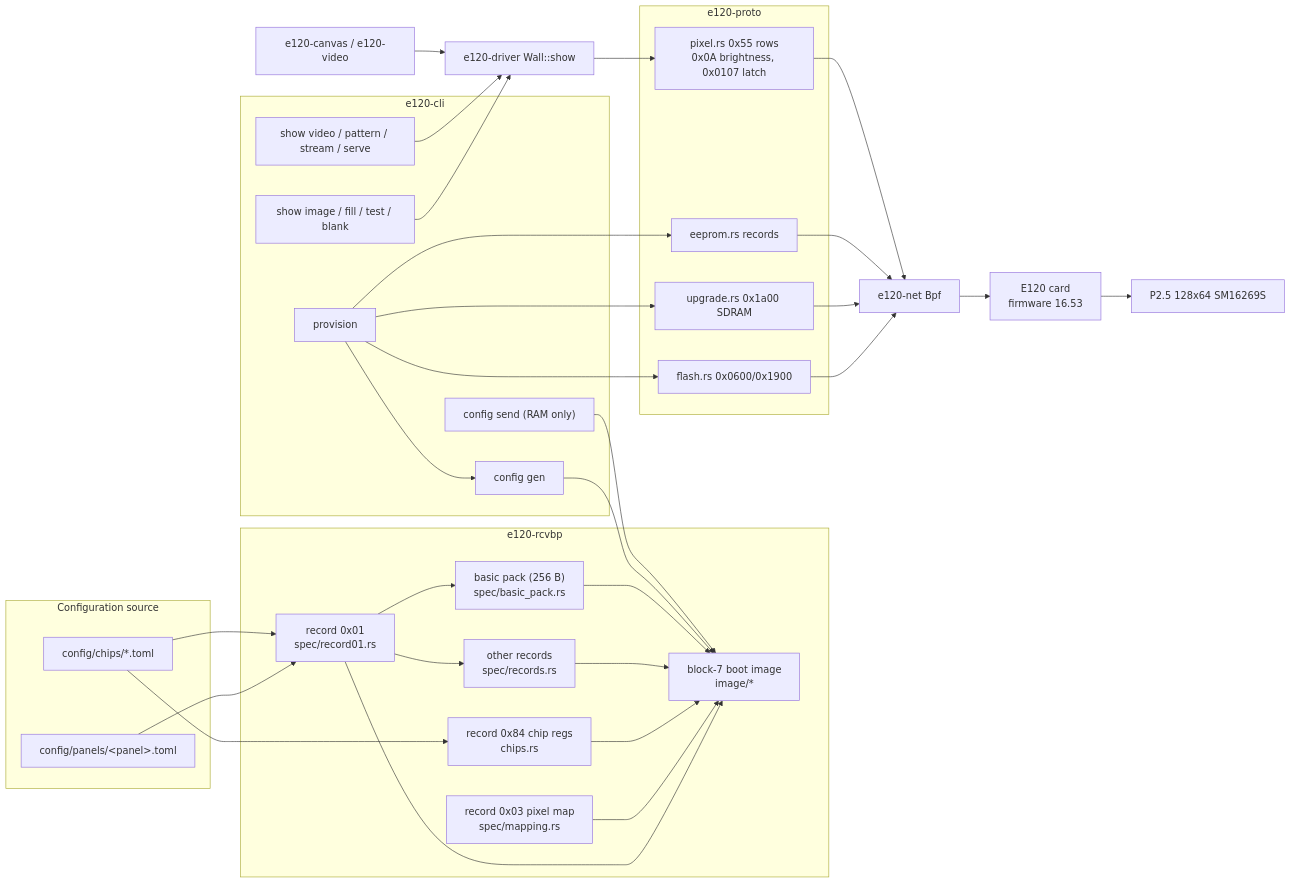
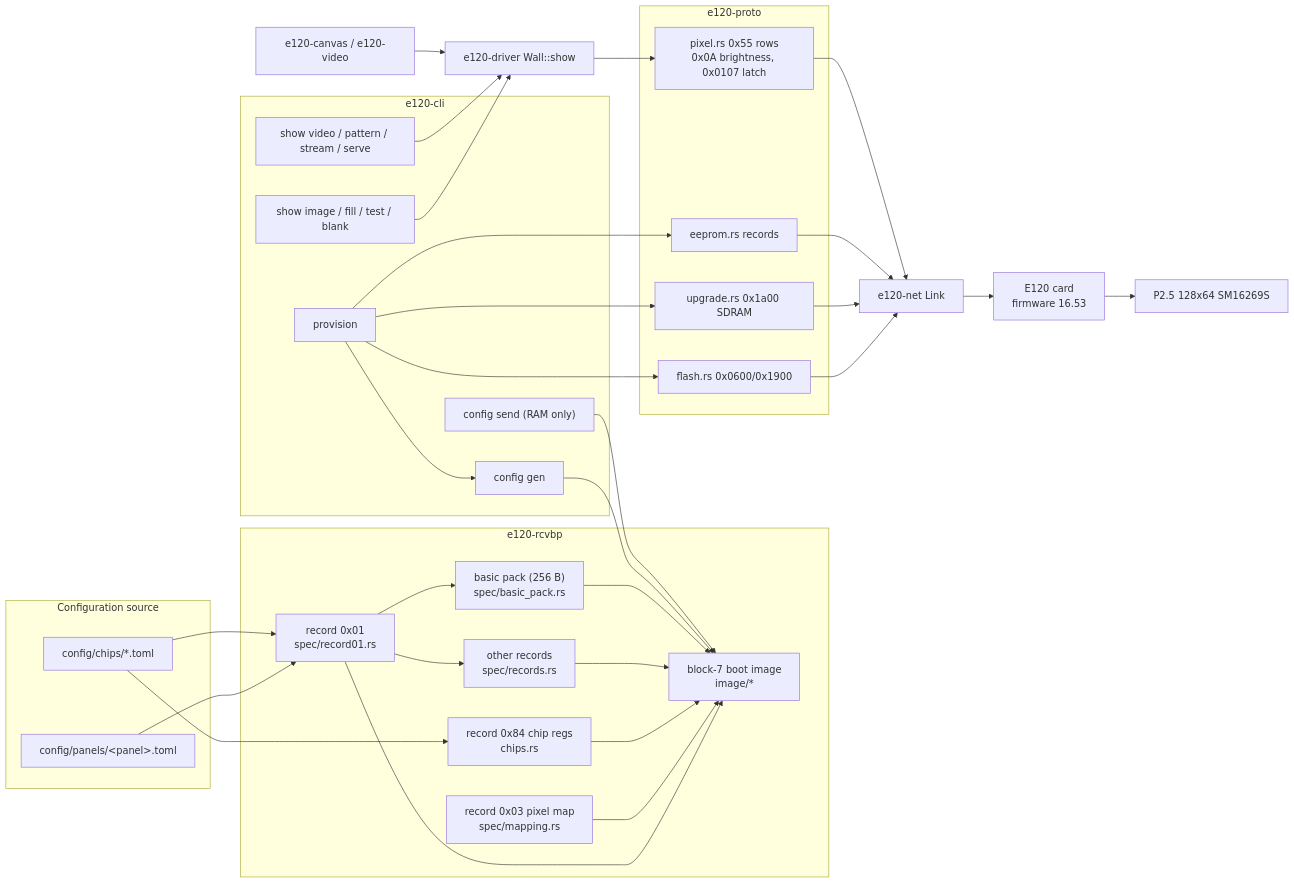
One commit to AlecDusheck/receiverproxy changed the diagram in docs/architecture.md. Above: the diagram before and after it, drawn with Mermaid. The commit also changed other lines of this file and 110 other files, not shown here.

````diff
--- a/docs/architecture.md
+++ b/docs/architecture.md
@@ -20,49 +20,49 @@
 ```mermaid
 flowchart LR
   subgraph spec [Configuration source]
     TOML["config/panels/&lt;panel&gt;.toml"]
     CHIP["config/chips/*.toml"]
   end
   subgraph rcvbp [e120-rcvbp]
     R01["record 0x01<br/>spec/record01.rs"]
     MAP["record 0x03 pixel map<br/>spec/mapping.rs"]
     R84["record 0x84 chip regs<br/>chips.rs"]
     REC["other records<br/>spec/records.rs"]
     PACK["basic pack (256 B)<br/>spec/basic_pack.rs"]
     IMG["block-7 boot image<br/>image/*"]
   end
   subgraph cli [e120-cli]
     GEN["config gen"]
     PROV["provision"]
     SP["config send (RAM only)"]
     IMAGE["show image / fill / test / blank"]
     PLAY["show video / pattern / stream / serve"]
   end
   subgraph proto [e120-proto]
     FL["flash.rs 0x0600/0x1900"]
     UP["upgrade.rs 0x1a00 SDRAM"]
     EE["eeprom.rs records"]
     PX["pixel.rs 0x55 rows<br/>0x0A brightness, 0x0107 latch"]
   end
   DRV["e120-driver Wall::show"]
   CANVAS["e120-canvas / e120-video"]
-  NET["e120-net Bpf"]
+  NET["e120-net Link"]
   CARD["E120 card<br/>firmware 16.53"]
   PANEL["P2.5 128x64 SM16269S"]
 
   TOML --> R01
   CHIP --> R01
   CHIP --> R84
   R01 --> PACK
   R01 --> REC
   R01 & MAP & R84 & REC --> IMG
   PACK --> IMG
   GEN --> IMG
   PROV --> GEN
   PROV --> UP & FL & EE
   SP --> IMG
   IMAGE --> DRV
   CANVAS --> DRV --> PX
   PLAY --> DRV
   FL & UP & EE & PX --> NET --> CARD --> PANEL
 ```
````
